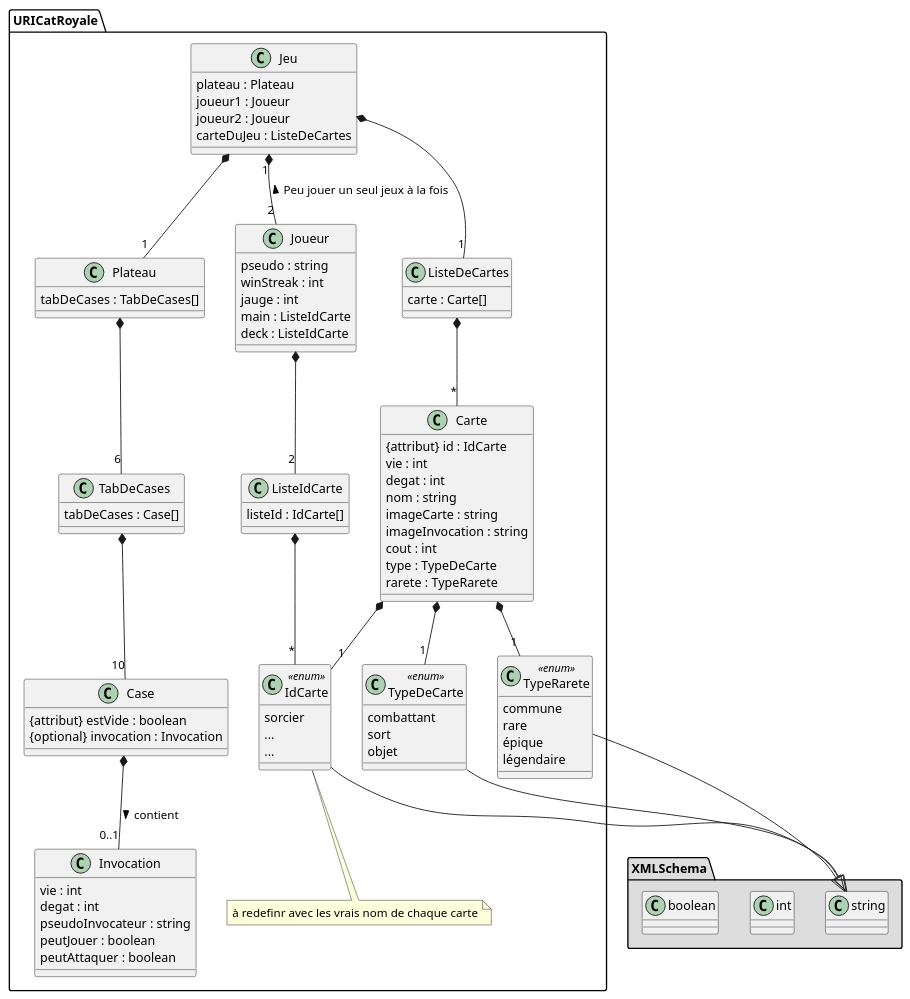
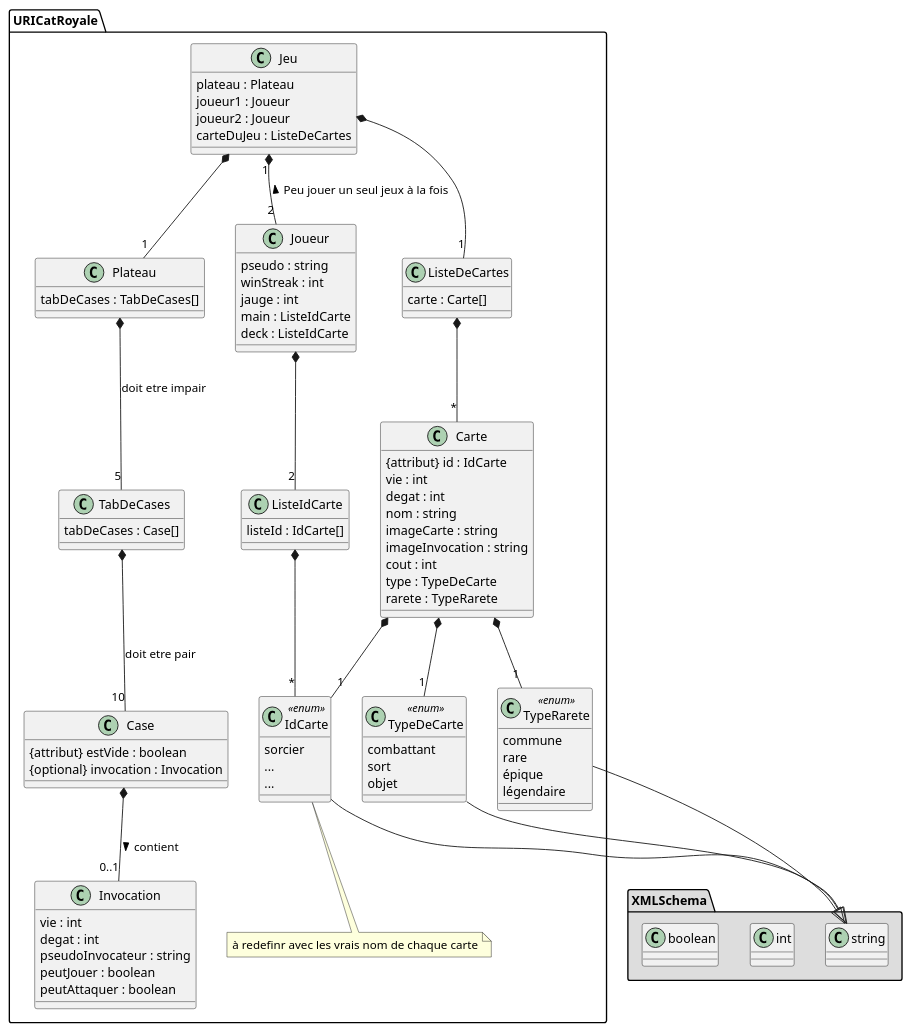
One commit to TennesseeAlves/CatRoyale changed the diagram in data/uml/DiagrammeXML.puml. Above: the diagram before and after it, drawn with PlantUML.

Commit message:
fix: ajout ptit commentair taille pleateau dans DiagrammeXML.puml

```diff
--- a/data/uml/DiagrammeXML.puml
+++ b/data/uml/DiagrammeXML.puml
@@ -1,113 +1,113 @@
 @startuml
 'skinparam linetype ortho
 
 package XMLSchema #DDD {
     class string
     class int
     class boolean
 }
 
 package URICatRoyale {
     
     class Jeu{
         plateau : Plateau
         joueur1 : Joueur
         joueur2 : Joueur
         carteDuJeu : ListeDeCartes
     }
     
     class Plateau { 
         tabDeCases : TabDeCases[]
     }
     
     class TabDeCases {
         tabDeCases : Case[]
     }
     
     class Case {
         {attribut} estVide : boolean
         {optional} invocation : Invocation
     }
     
     class Joueur {
         pseudo : string
         winStreak : int
         jauge : int
         main : ListeIdCarte
         deck : ListeIdCarte
     }
     
     class ListeDeCartes {
         carte : Carte[]
     }
     
     class Carte {
         {attribut} id : IdCarte
         vie : int
         degat : int
         nom : string
         imageCarte : string 
         imageInvocation : string 
         cout : int
         type : TypeDeCarte
         rarete : TypeRarete
     }
     
     class IdCarte <<enum>> {
         sorcier 
         ...
         ...
     }
     note bottom of IdCarte : à redefinr avec les vrais nom de chaque carte
     
     class ListeIdCarte  {
         listeId : IdCarte[] 
     }
     
     
     class TypeDeCarte <<enum>> {
         combattant
         sort
         objet
     }
     
     class TypeRarete <<enum>> {
         commune
         rare
         épique
         légendaire
     }
     
     class Invocation {
         vie : int
         degat : int
         pseudoInvocateur : string
         peutJouer : boolean
         peutAttaquer : boolean
     }
     
     Jeu *--"1" Plateau
     Jeu "1"*--"2" Joueur : < Peu jouer un seul jeux à la fois
     Jeu *--"1" ListeDeCartes
     
-    TabDeCases *--"10" Case
+    TabDeCases *--"10" Case : doit etre pair
     
     Case *--"0..1" Invocation : > contient
     
     Joueur *--"2" ListeIdCarte
     
     ListeDeCartes *--"*" Carte
     
     Carte *--"1" TypeDeCarte
     Carte *--"1" TypeRarete
     Carte *--"1" IdCarte
     
     ListeIdCarte *-- "*" IdCarte
     
-    Plateau *--"6" TabDeCases
+    Plateau *--"5" TabDeCases : doit etre impair
     
     IdCarte --|> string 
     TypeDeCarte --|> string 
     TypeRarete --|> string 
 }
 @enduml
```
